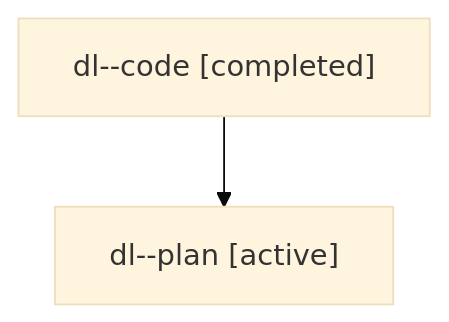
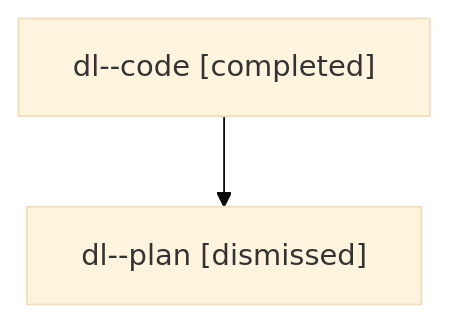
Before and after one commit to sase-org/sase--agents: the diagram in sessions/bbugyi200.athena.dl.md, drawn with Mermaid (base theme). The commit also changed other lines of this file and 24 other files, not shown here.

````diff
--- a/sessions/bbugyi200.athena.dl.md
+++ b/sessions/bbugyi200.athena.dl.md
@@ -9,6 +9,6 @@
 ```mermaid
 flowchart TD
   n0["dl--code [completed]"]
-  n1["dl--plan [active]"]
+  n1["dl--plan [dismissed]"]
   n0 --> n1
 ```
````
